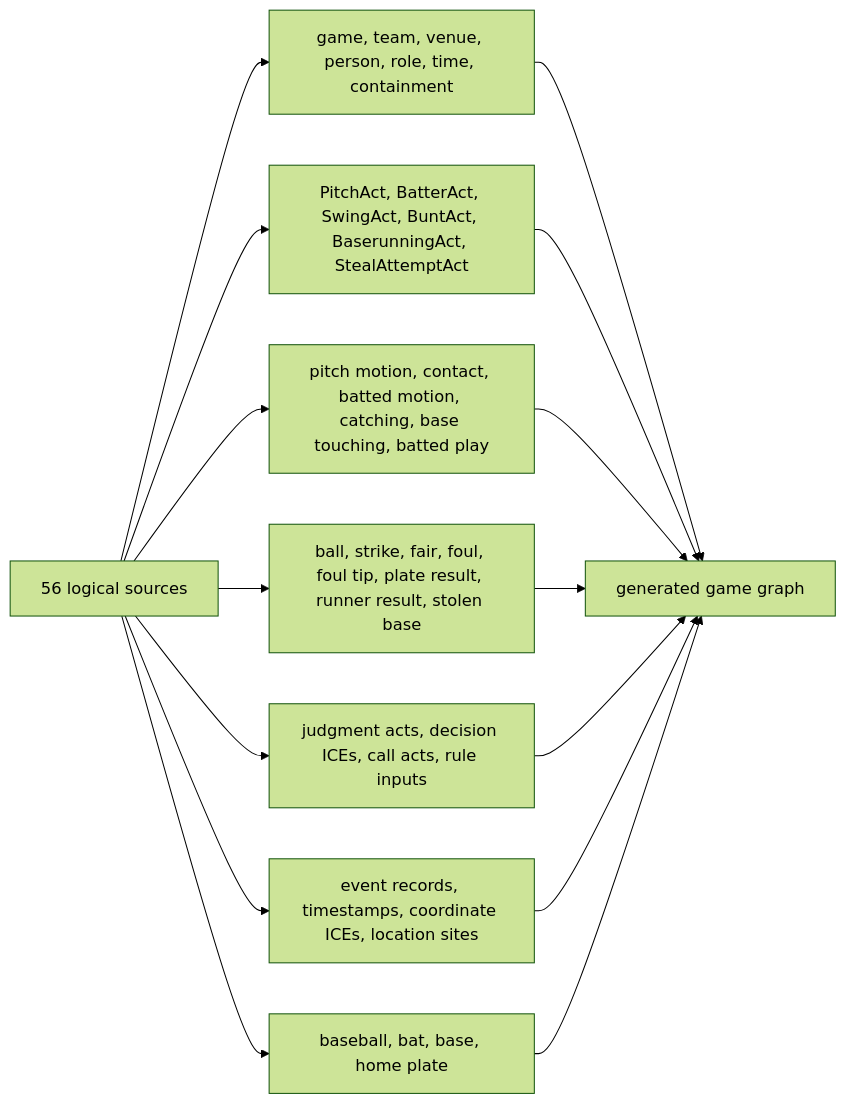
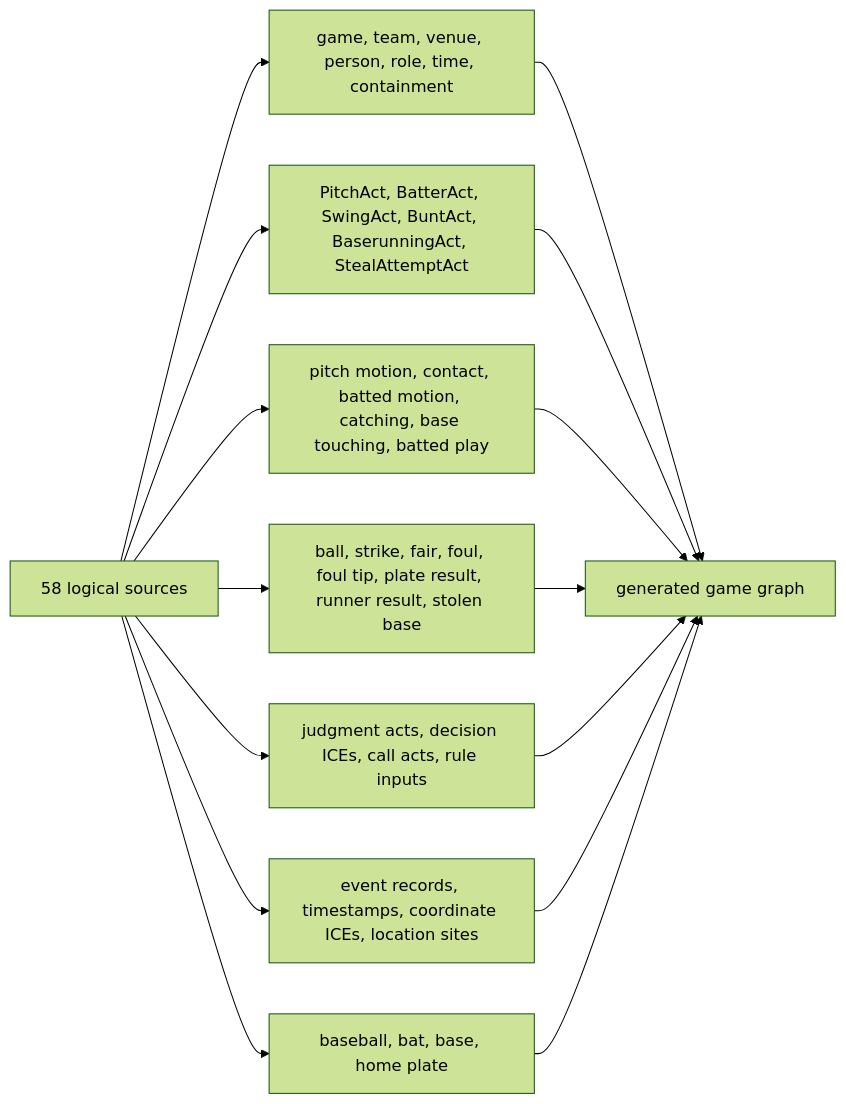
One commit to CarterBeauBenson/BaseballO changed the diagram in Baseball/mermaid/03-triples-map-families.md. Above: the diagram before and after it, drawn with Mermaid (forest theme). The commit also changed other lines of this file and 128 other files, not shown here.

````diff
--- a/Baseball/mermaid/03-triples-map-families.md
+++ b/Baseball/mermaid/03-triples-map-families.md
@@ -3,17 +3,17 @@
 ```mermaid
 flowchart LR
-    SOURCE["56 logical sources"] --> CONTEXT["game, team, venue, person, role, time, containment"]
+    SOURCE["58 logical sources"] --> CONTEXT["game, team, venue, person, role, time, containment"]
     SOURCE --> ACT["PitchAct, BatterAct, SwingAct, BuntAct, BaserunningAct, StealAttemptAct"]
     SOURCE --> PHYSICAL["pitch motion, contact, batted motion, catching, base touching, batted play"]
     SOURCE --> INSTITUTIONAL["ball, strike, fair, foul, foul tip, plate result, runner result, stolen base"]
     SOURCE --> ADJ["judgment acts, decision ICEs, call acts, rule inputs"]
     SOURCE --> INFO["event records, timestamps, coordinate ICEs, location sites"]
     SOURCE --> ARTIFACT["baseball, bat, base, home plate"]
     CONTEXT --> RDF["generated game graph"]
     ACT --> RDF
     PHYSICAL --> RDF
     INSTITUTIONAL --> RDF
     ADJ --> RDF
     INFO --> RDF
     ARTIFACT --> RDF
 ```
````
